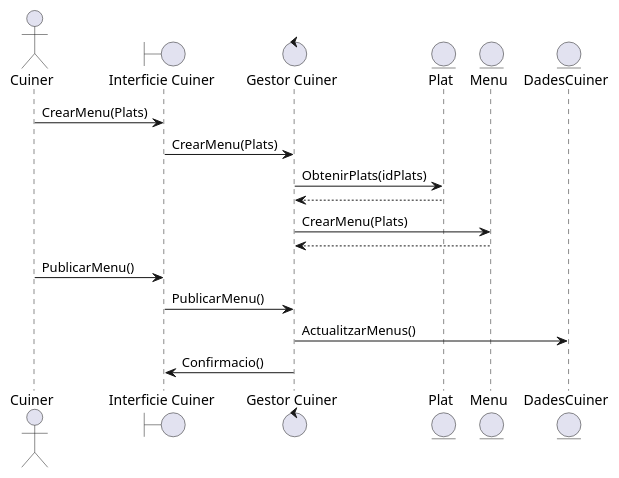
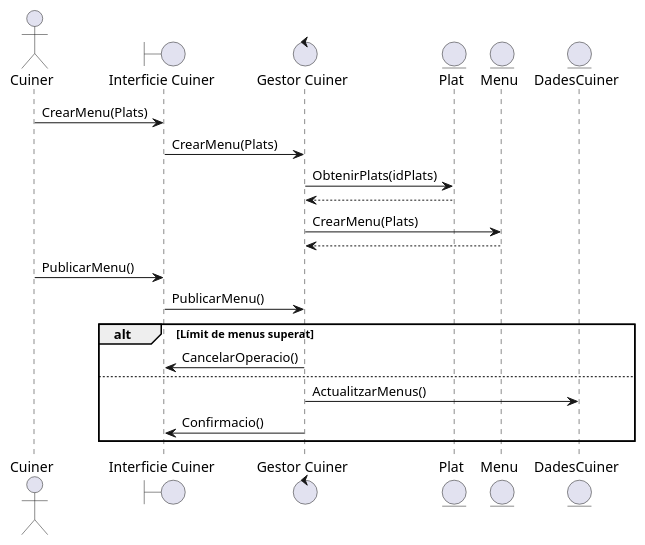
Before and after one commit to AndresVT24/ES23UAB-411-5: the diagram in others/sprint4/plantuml/cuiner_PublicarMenu.puml, drawn with PlantUML.

```diff
--- a/others/sprint4/plantuml/cuiner_PublicarMenu.puml
+++ b/others/sprint4/plantuml/cuiner_PublicarMenu.puml
@@ -1,21 +1,25 @@
 @startuml
 actor Cuiner
 boundary "Interficie Cuiner" as IC
 control "Gestor Cuiner" as GC
 entity Plat
 entity Menu
 entity DadesCuiner
 
 
 Cuiner -> IC : CrearMenu(Plats)
 IC -> GC : CrearMenu(Plats)
 GC -> Plat : ObtenirPlats(idPlats)
 Plat --> GC
 GC -> Menu : CrearMenu(Plats)
 Menu --> GC
 Cuiner -> IC : PublicarMenu()
 IC -> GC : PublicarMenu()
+alt Límit de menus superat
+GC -> IC : CancelarOperacio()
+else
 GC -> DadesCuiner : ActualitzarMenus()
 GC -> IC : Confirmacio()
+end
 
 @enduml
```
